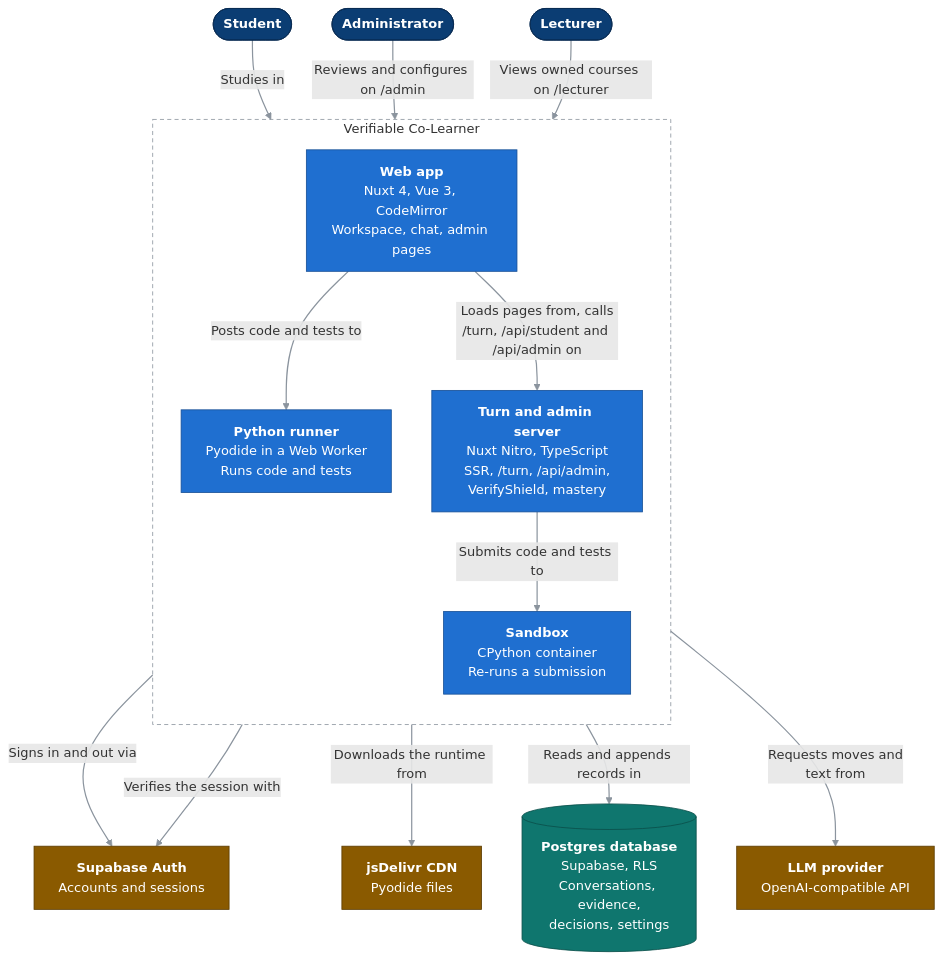
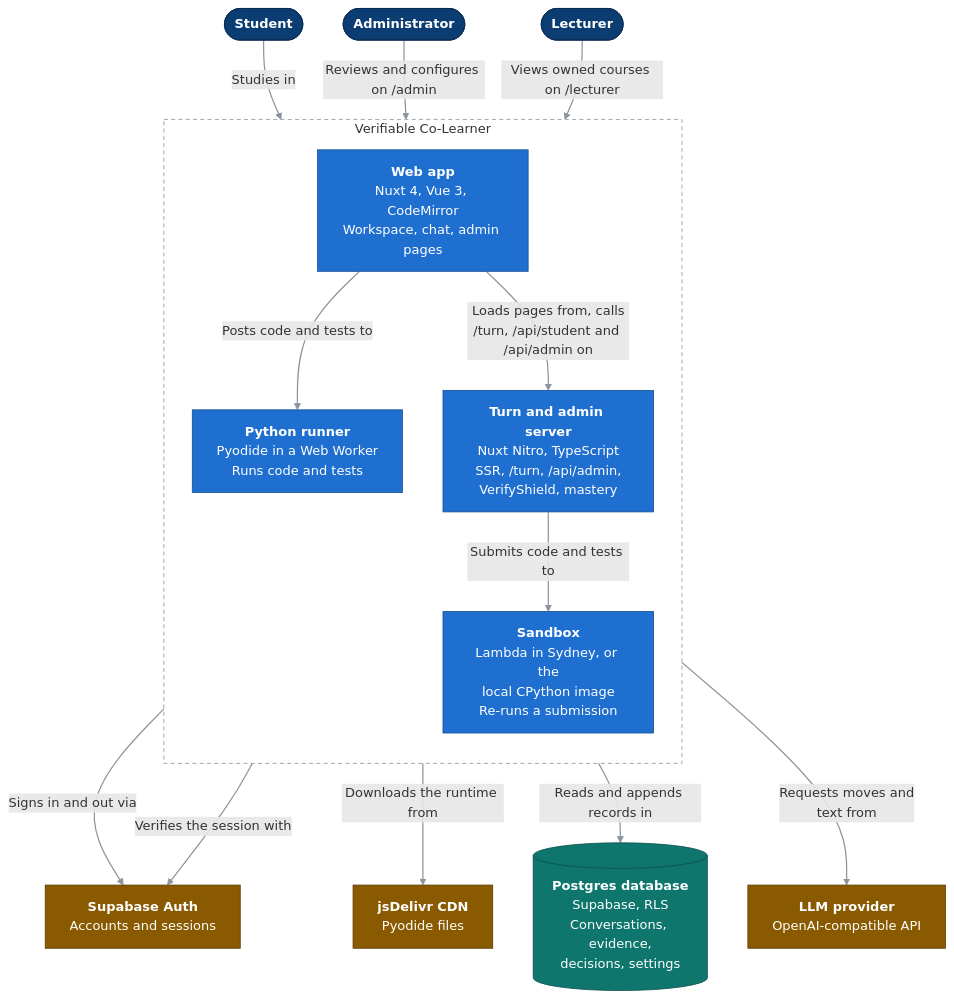
One commit to Bill2926/COS40005_HN9_Verifiable_Co-Learner_Agent changed the diagram in docs/c4/02-containers.md. Above: the diagram before and after it, drawn with Mermaid. The commit also changed other lines of this file and 38 other files, not shown here.

First line of the commit message:
Check deployed submissions with the sandbox Lambda in Sydney.

````diff
--- a/docs/c4/02-containers.md
+++ b/docs/c4/02-containers.md
@@ -10,39 +10,39 @@
 ```mermaid
 flowchart TB
   classDef person fill:#0b3d73,stroke:#082b52,color:#ffffff
   classDef comp fill:#1f6fd0,stroke:#164f96,color:#ffffff
   classDef ext fill:#8a5a00,stroke:#5c3c00,color:#ffffff
   classDef db fill:#0f766e,stroke:#0a4f4a,color:#ffffff
   linkStyle default stroke:#8b949e,stroke-width:1.5px
 
   student(["<b>Student</b>"]):::person
   owner(["<b>Administrator</b>"]):::person
   lecturer(["<b>Lecturer</b>"]):::person
 
   subgraph sys["Verifiable Co-Learner"]
     direction TB
     spa["<b>Web app</b><br/>Nuxt 4, Vue 3, CodeMirror<br/>Workspace, chat, admin pages"]:::comp
     pyodide["<b>Python runner</b><br/>Pyodide in a Web Worker<br/>Runs code and tests"]:::comp
     server["<b>Turn and admin server</b><br/>Nuxt Nitro, TypeScript<br/>SSR, /turn, /api/admin,<br/>VerifyShield, mastery"]:::comp
-    sandbox["<b>Sandbox</b><br/>CPython container<br/>Re-runs a submission"]:::comp
+    sandbox["<b>Sandbox</b><br/>Lambda in Sydney, or the<br/>local CPython image<br/>Re-runs a submission"]:::comp
   end
 
   auth["<b>Supabase Auth</b><br/>Accounts and sessions"]:::ext
   db[("<b>Postgres database</b><br/>Supabase, RLS<br/>Conversations, evidence,<br/>decisions, settings")]:::db
   llm["<b>LLM provider</b><br/>OpenAI-compatible API"]:::ext
   cdn["<b>jsDelivr CDN</b><br/>Pyodide files"]:::ext
 
   student -->|"Studies in"| spa
   owner -->|"Reviews and configures on /admin"| spa
   lecturer -->|"Views owned courses on /lecturer"| spa
   spa -->|"Posts code and tests to"| pyodide
   spa -->|"Loads pages from, calls<br/>/turn, /api/student and /api/admin on"| server
   spa -->|"Signs in and out via"| auth
   pyodide -->|"Downloads the runtime from"| cdn
   server -->|"Verifies the session with"| auth
   server -->|"Reads and appends records in"| db
   server -->|"Requests moves and<br/>text from"| llm
   server -->|"Submits code and tests to"| sandbox
 
   style sys fill:none,stroke:#8b949e,stroke-dasharray:5 4
 ```
````
